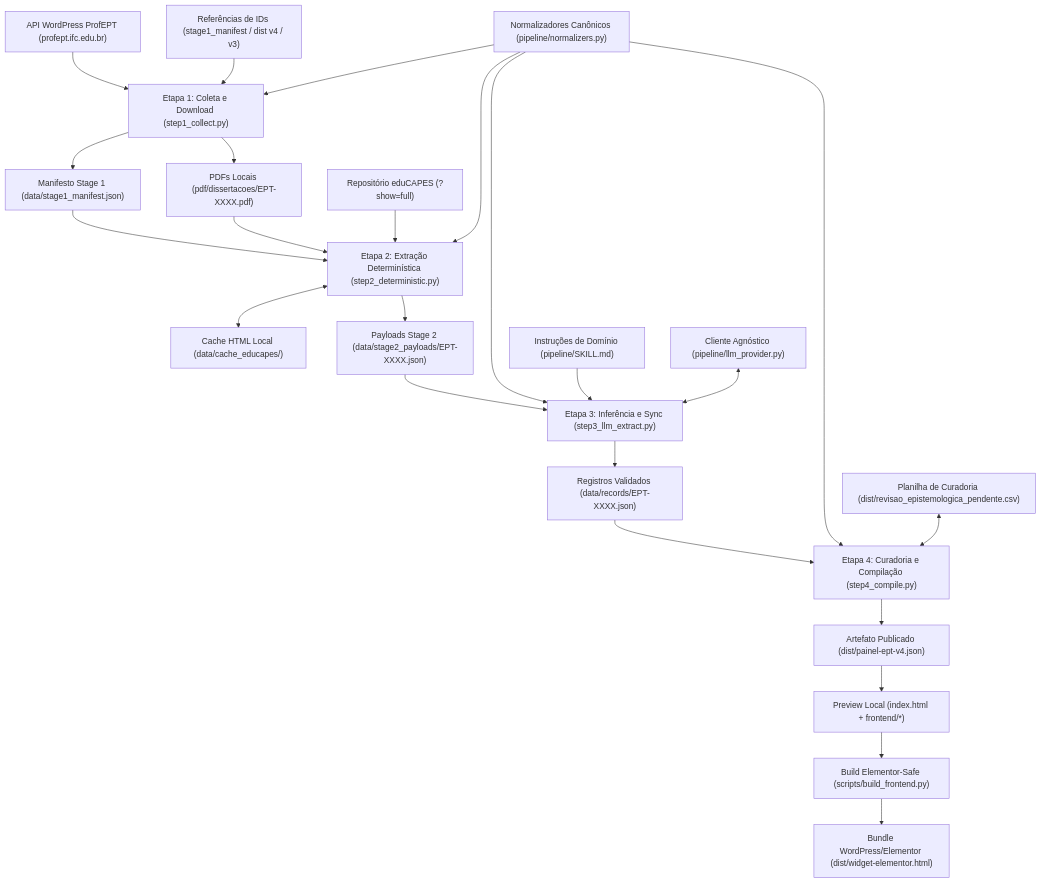
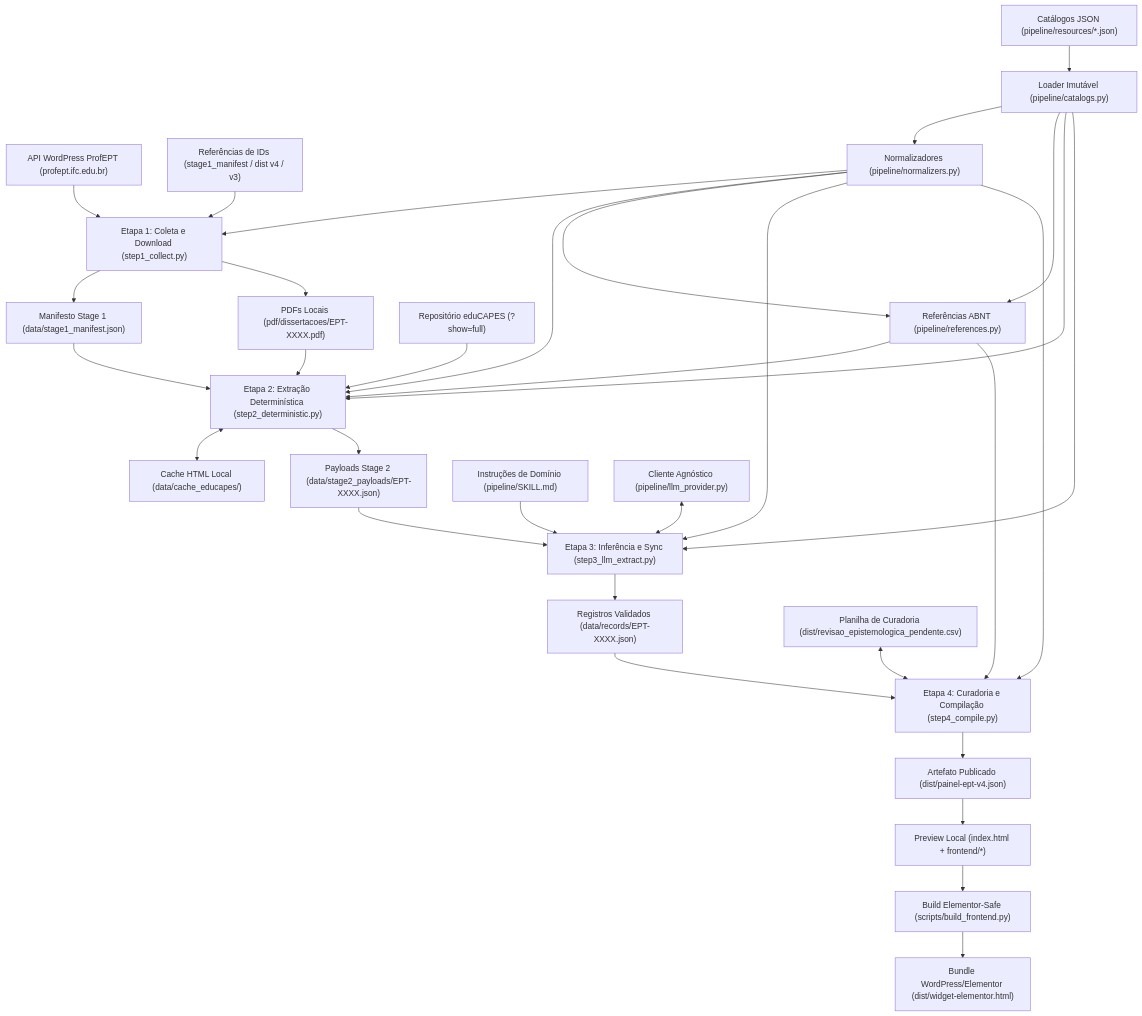
One commit to regi-lpf/lemeept changed the diagram in ARQUITETURA.md. Above: the diagram before and after it, drawn with Mermaid. The commit also changed other lines of this file and 21 other files, not shown here.

````diff
--- a/ARQUITETURA.md
+++ b/ARQUITETURA.md
@@ -9,29 +9,38 @@
 ```mermaid
 flowchart TD
     WP["API WordPress ProfEPT (profept.ifc.edu.br)"] --> S1["Etapa 1: Coleta e Download (step1_collect.py)"]
     REFS["Referências de IDs (stage1_manifest / dist v4 / v3)"] --> S1
     S1 --> MAN["Manifesto Stage 1 (data/stage1_manifest.json)"]
     S1 --> PDF["PDFs Locais (pdf/dissertacoes/EPT-XXXX.pdf)"]
 
     MAN --> S2["Etapa 2: Extração Determinística (step2_deterministic.py)"]
     PDF --> S2
     CAPES["Repositório eduCAPES (?show=full)"] --> S2
     S2 <--> CACHE["Cache HTML Local (data/cache_educapes/)"]
     S2 --> PAYLOAD["Payloads Stage 2 (data/stage2_payloads/EPT-XXXX.json)"]
 
-    NORM["Normalizadores Canônicos (pipeline/normalizers.py)"] --> S1
+    RES["Catálogos JSON (pipeline/resources/*.json)"] --> CAT["Loader Imutável (pipeline/catalogs.py)"]
+    CAT --> NORM["Normalizadores (pipeline/normalizers.py)"]
+    CAT --> REF["Referências ABNT (pipeline/references.py)"]
+    CAT --> S2
+    CAT --> S3
+
+    NORM --> S1
     NORM --> S2
+    NORM --> REF
+    REF --> S2
     PAYLOAD --> S3["Etapa 3: Inferência e Sync (step3_llm_extract.py)"]
     NORM --> S3
     SKILL["Instruções de Domínio (pipeline/SKILL.md)"] --> S3
     PROV["Cliente Agnóstico (pipeline/llm_provider.py)"] <--> S3
     S3 --> REC["Registros Validados (data/records/EPT-XXXX.json)"]
 
     REC --> S4["Etapa 4: Curadoria e Compilação (step4_compile.py)"]
     NORM --> S4
+    REF --> S4
     CSV["Planilha de Curadoria (dist/revisao_epistemologica_pendente.csv)"] <--> S4
     S4 --> DIST["Artefato Publicado (dist/painel-ept-v4.json)"]
     DIST --> FE["Preview Local (index.html + frontend/*)"]
     FE --> BUILD["Build Elementor-Safe (scripts/build_frontend.py)"]
     BUILD --> WIDGET["Bundle WordPress/Elementor (dist/widget-elementor.html)"]
 ```
````
